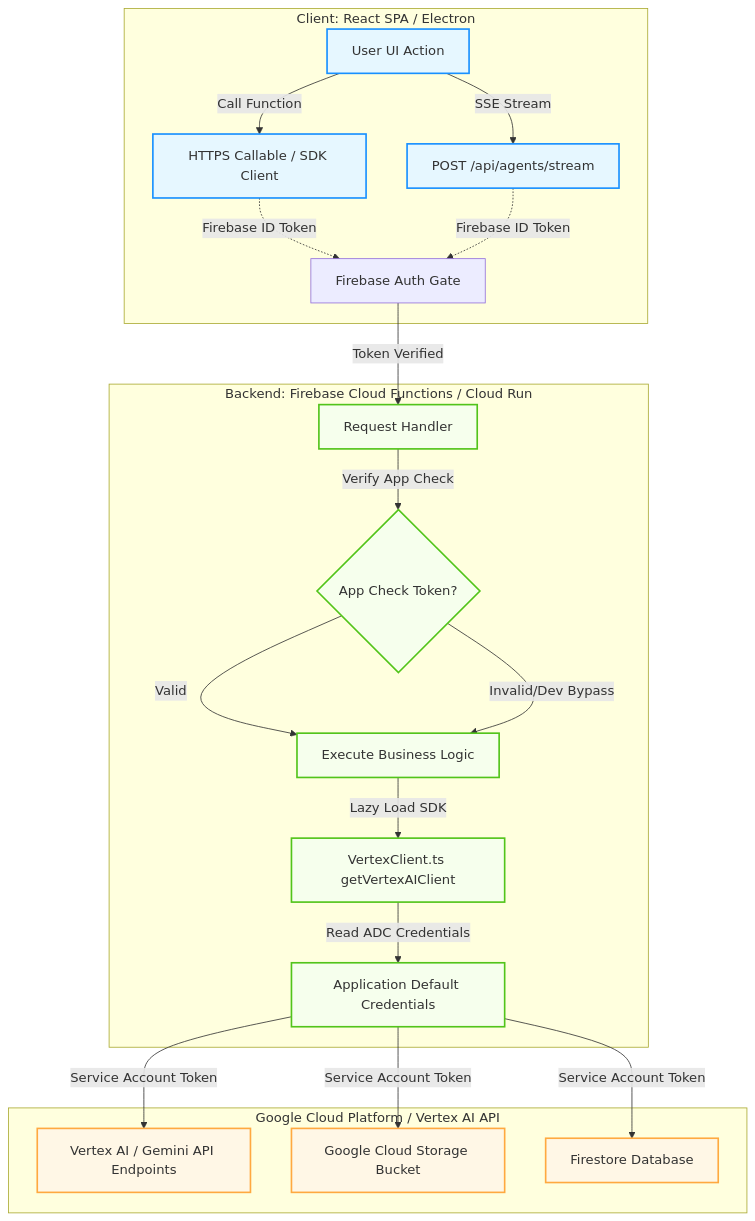
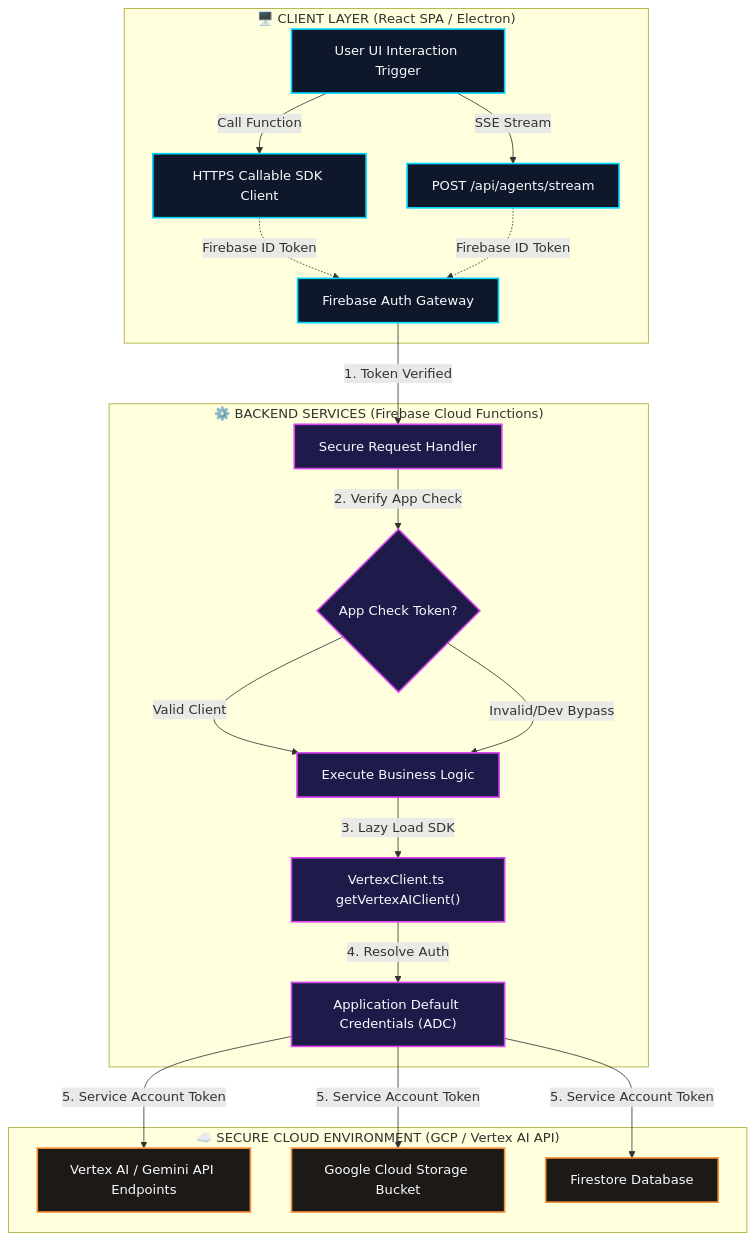
Before and after one commit to indii-music-founder/indii-music-founder: the diagram in docs/flowcharts/backend-only-api-boundary.md, drawn with Mermaid. The commit also changed other lines of this file and 4 other files, not shown here.

Commit message:
docs: beautify flowcharts and update client device routing boundaries

````diff
--- a/docs/flowcharts/backend-only-api-boundary.md
+++ b/docs/flowcharts/backend-only-api-boundary.md
@@ -5,33 +5,34 @@
 ```mermaid
 graph TD
-    subgraph Client [Client: React SPA / Electron]
-        UI[User UI Action] -->|Call Function| CF_Call[HTTPS Callable / SDK Client]
-        UI -->|SSE Stream| SSE_Call[POST /api/agents/stream]
-        CF_Call -.->|Firebase ID Token| AuthGate[Firebase Auth Gate]
+    subgraph Client ["🖥️ CLIENT LAYER (React SPA / Electron)"]
+        UI["User UI Interaction Trigger"] -->|Call Function| CF_Call["HTTPS Callable SDK Client"]
+        UI -->|SSE Stream| SSE_Call["POST /api/agents/stream"]
+        CF_Call -.->|Firebase ID Token| AuthGate["Firebase Auth Gateway"]
         SSE_Call -.->|Firebase ID Token| AuthGate
     end
 
-    subgraph Backend [Backend: Firebase Cloud Functions / Cloud Run]
-        AuthGate -->|Token Verified| Handler[Request Handler]
-        Handler -->|Verify App Check| AppCheck{App Check Token?}
-        AppCheck -- Valid --> ExecHandler[Execute Business Logic]
+    subgraph Backend ["⚙️ BACKEND SERVICES (Firebase Cloud Functions)"]
+        AuthGate -->|1. Token Verified| Handler["Secure Request Handler"]
+        Handler -->|2. Verify App Check| AppCheck{"App Check Token?"}
+        AppCheck -- Valid Client --> ExecHandler["Execute Business Logic"]
         AppCheck -- Invalid/Dev Bypass --> ExecHandler
         
-        ExecHandler -->|Lazy Load SDK| VertexClient[VertexClient.ts getVertexAIClient]
-        VertexClient -->|Read ADC Credentials| ADC[Application Default Credentials]
+        ExecHandler -->|3. Lazy Load SDK| VertexClient["VertexClient.ts getVertexAIClient()"]
+        VertexClient -->|4. Resolve Auth| ADC["Application Default Credentials (ADC)"]
     end
 
-    subgraph GCP [Google Cloud Platform / Vertex AI API]
-        ADC -->|Service Account Token| VertexAPI[Vertex AI / Gemini API Endpoints]
-        ADC -->|Service Account Token| GCS[Google Cloud Storage Bucket]
-        ADC -->|Service Account Token| Firestore[Firestore Database]
+    subgraph GCP ["☁️ SECURE CLOUD ENVIRONMENT (GCP / Vertex AI API)"]
+        ADC -->|5. Service Account Token| VertexAPI["Vertex AI / Gemini API Endpoints"]
+        ADC -->|5. Service Account Token| GCS["Google Cloud Storage Bucket"]
+        ADC -->|5. Service Account Token| Firestore["Firestore Database"]
     end
 
-    classDef clientStyle fill:#e6f7ff,stroke:#1890ff,stroke-width:2px;
-    classDef backendStyle fill:#f6ffed,stroke:#52c41a,stroke-width:2px;
-    classDef gcpStyle fill:#fff7e6,stroke:#ffa940,stroke-width:2px;
+    %% Premium Investor-ready HSL Color Styling
+    classDef clientStyle fill:#0F172A,stroke:#00D4FF,stroke-width:2px,color:#F8FAFC;
+    classDef backendStyle fill:#1E1B4B,stroke:#D946EF,stroke-width:2px,color:#F8FAFC;
+    classDef gcpStyle fill:#1C1917,stroke:#FB923C,stroke-width:2px,color:#F8FAFC;
     
-    class UI,CF_Call,SSE_Call clientStyle;
+    class UI,CF_Call,SSE_Call,AuthGate clientStyle;
     class Handler,AppCheck,ExecHandler,VertexClient,ADC backendStyle;
     class VertexAPI,GCS,Firestore gcpStyle;
 ```
````
